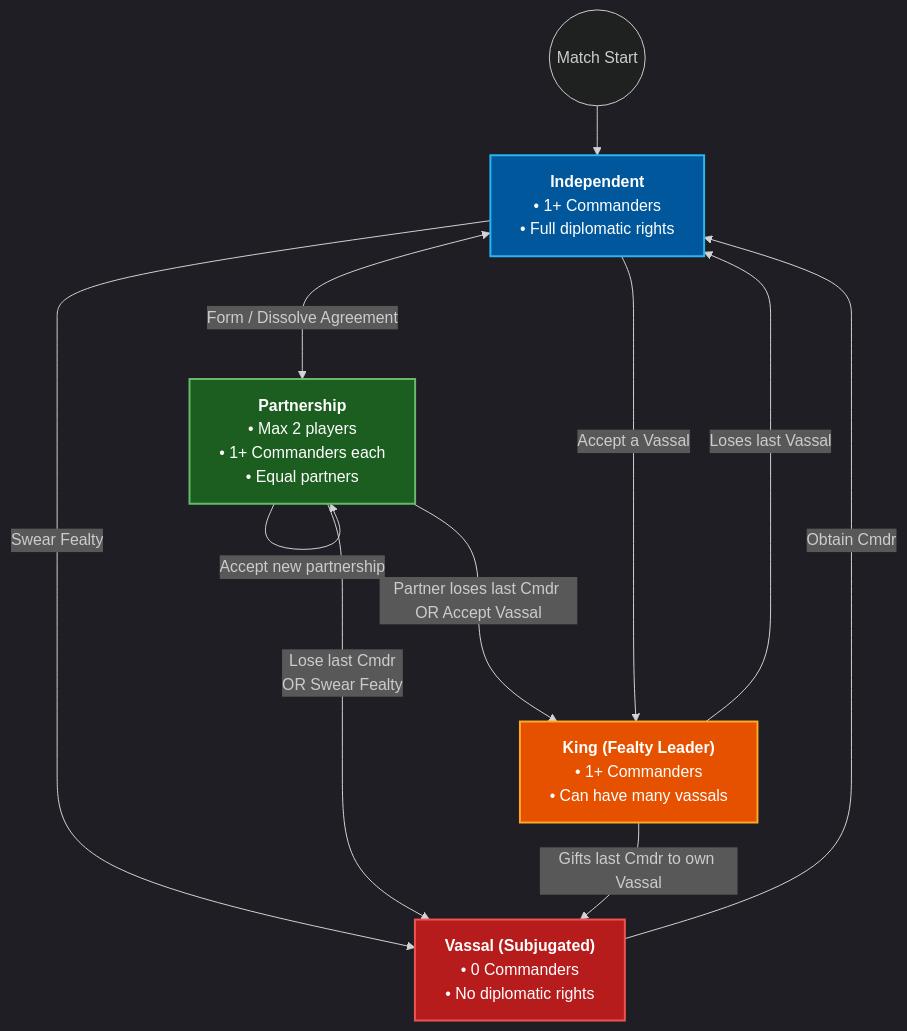
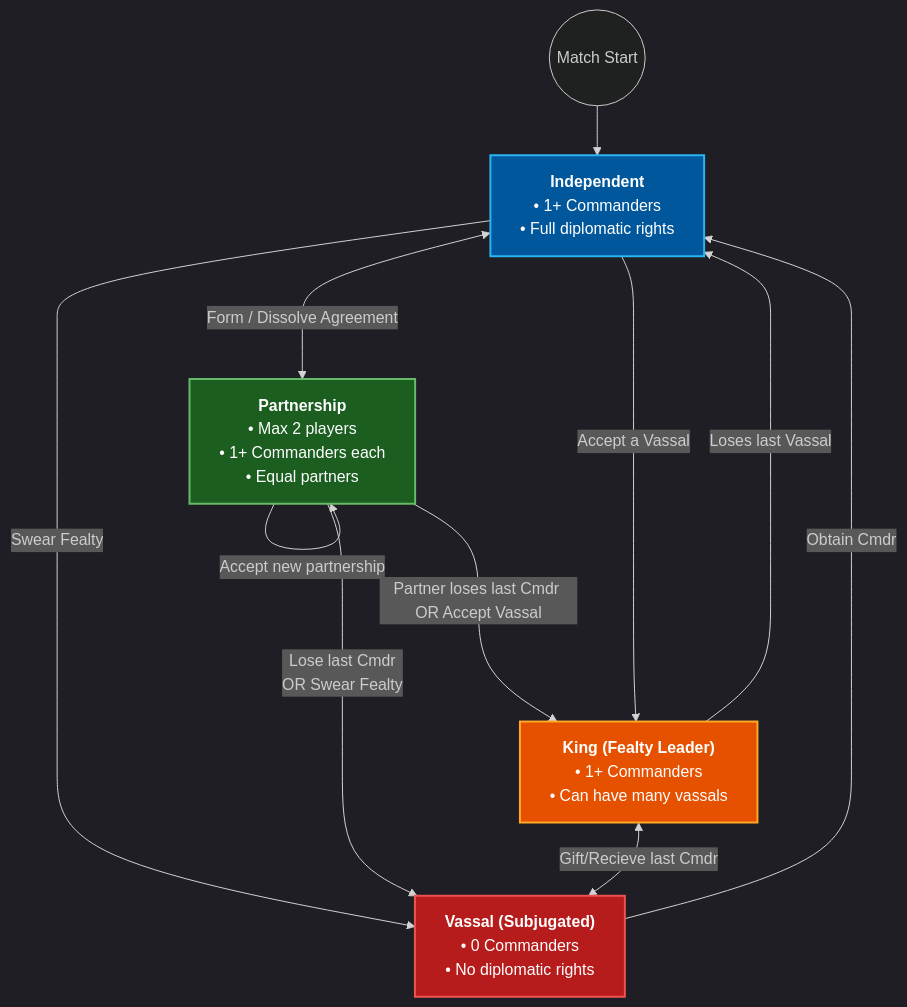
Before and after one commit to whossname/diplomacy-mod: the diagram in diplomacy.md, drawn with Mermaid.

Commit message:
update diagram

````diff
--- a/diplomacy.md
+++ b/diplomacy.md
@@ -3,36 +3,37 @@
 ```mermaid
 %%{init: {'theme': 'dark', 'themeVariables': {'background': '#1e1e1e'}}}%%
 flowchart TD
     %% Node Styles
     classDef ind fill:#01579b,stroke:#29b6f6,stroke-width:2px,color:#ffffff;
     classDef part fill:#1b5e20,stroke:#66bb6a,stroke-width:2px,color:#ffffff;
     classDef king fill:#e65100,stroke:#ffa726,stroke-width:2px,color:#ffffff;
     classDef vassal fill:#b71c1c,stroke:#ef5350,stroke-width:2px,color:#ffffff;
 
     %% Define Nodes with HTML formatting
     I["<b>Independent</b><br>• 1+ Commanders<br>• Full diplomatic rights"]:::ind
     P["<b>Partnership</b><br>• Max 2 players<br>• 1+ Commanders each<br>• Equal partners"]:::part
     K["<b>King (Fealty Leader)</b><br>• 1+ Commanders<br>• Can have many vassals"]:::king
     V["<b>Vassal (Subjugated)</b><br>• 0 Commanders<br>• No diplomatic rights"]:::vassal
 
     %% Transitions
     Start((Match Start)) --> I
 
     P --->|Partner loses last Cmdr OR Accept Vassal| K
 
     %% Independent Transitions
     I <--->|Form / Dissolve Agreement| P
     I --->|Accept a Vassal| K
     I --->|Swear Fealty| V
     V --->|Obtain Cmdr| I
 
     %% Partnership Transitions
-    P -->|Lose last Cmdr <br> OR Swear Fealty| V
+    P --->|Lose last Cmdr <br> OR Swear Fealty| V
     
     %% Self-loop for replacing partnership
     P -->|Accept new partnership| P
 
     %% King Transitions
-    K -->|Loses last Vassal| I
-    K -->|Gifts last Cmdr to own Vassal| V
+    K --->|Loses last Vassal| I
+    K <-->|Gift/Recieve last Cmdr| V
+
 ```
````
